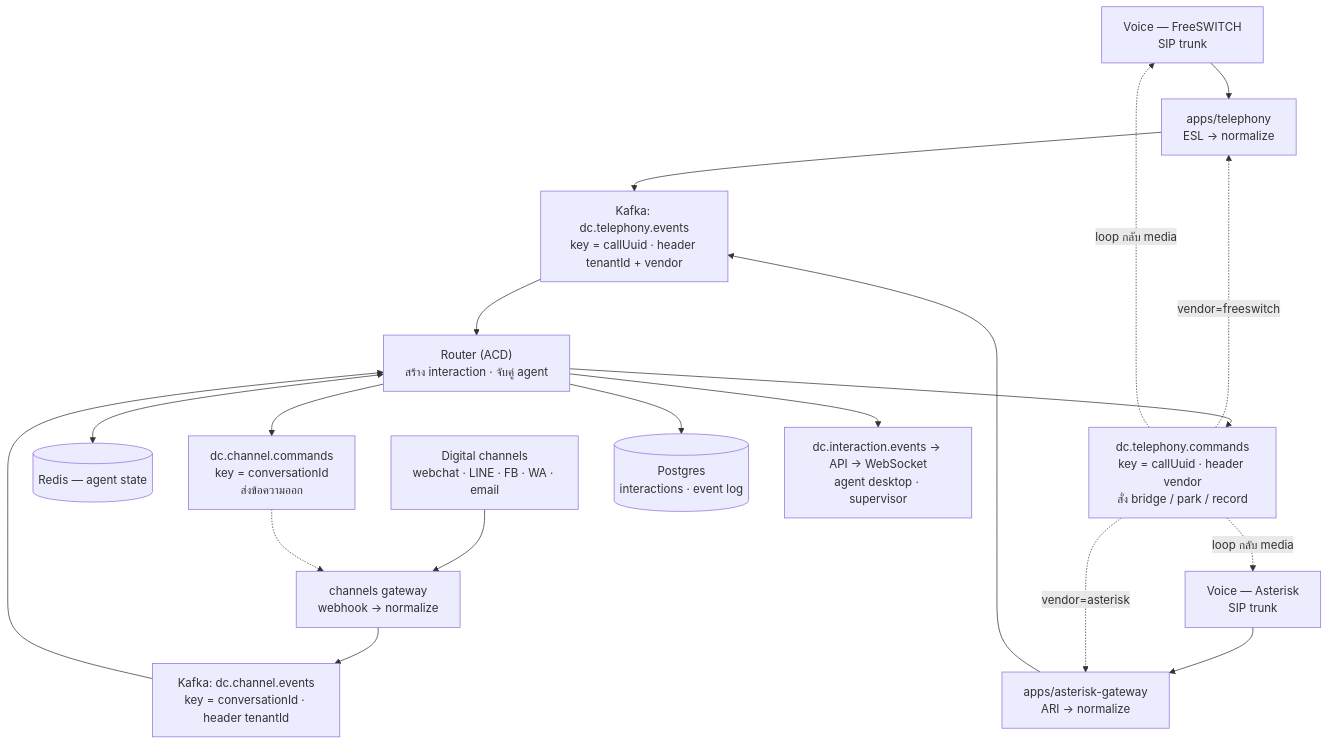
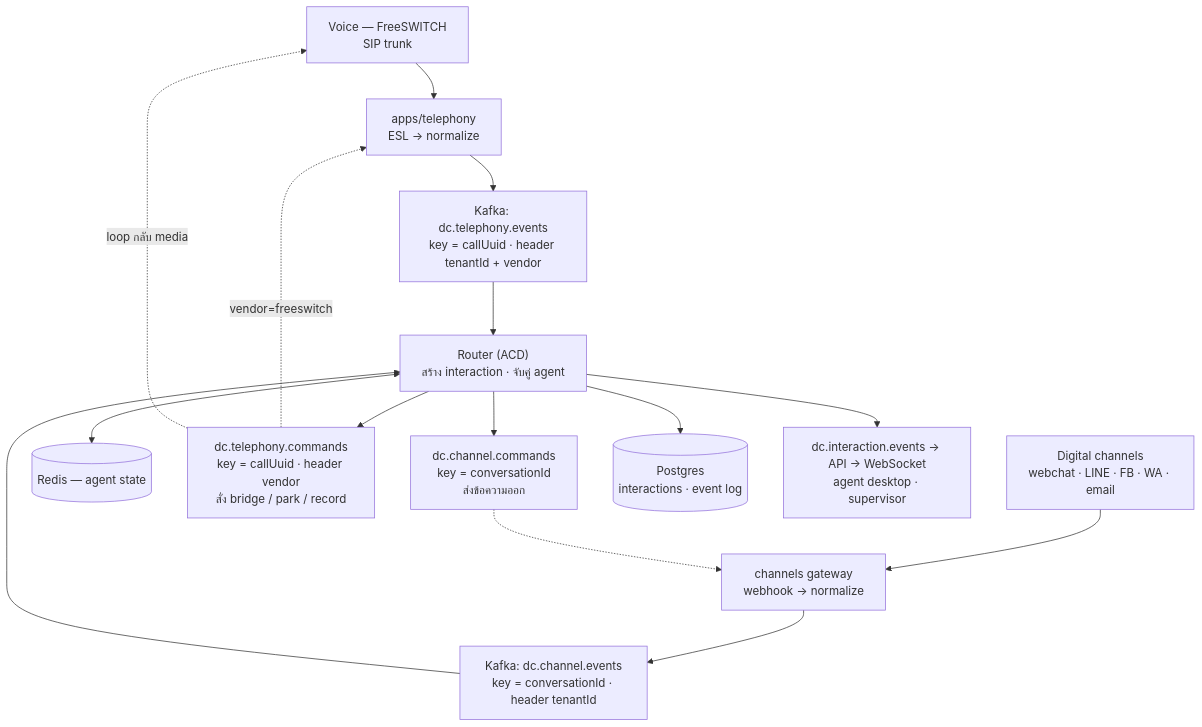
Before and after one commit to Kitti-Nualsalee/dcontact: the second of 4 diagrams in docs/interaction-data-flow.md, drawn with Mermaid. The commit also changed other lines of this file and 9 other files, not shown here.

First line of the commit message:
ADR-038: Voice stack เดียว, trunk แยกตาม tenant และรุ่นการติดตั้งสำหรับทีมขาย (#894)

````diff
--- a/docs/interaction-data-flow.md
+++ b/docs/interaction-data-flow.md
@@ -57,21 +57,17 @@
 ```mermaid
 flowchart TB
   FS["Voice — FreeSWITCH<br/>SIP trunk"] --> TEL["apps/telephony<br/>ESL → normalize"]
-  AST["Voice — Asterisk<br/>SIP trunk"] --> AGW["apps/asterisk-gateway<br/>ARI → normalize"]
   D["Digital channels<br/>webchat · LINE · FB · WA · email"] --> CHG["channels gateway<br/>webhook → normalize"]
   TEL --> K["Kafka: dc.telephony.events<br/>key = callUuid · header tenantId + vendor"]
-  AGW --> K
   CHG --> KC["Kafka: dc.channel.events<br/>key = conversationId · header tenantId"]
   K --> R["Router (ACD)<br/>สร้าง interaction · จับคู่ agent"]
   KC --> R
   R <--> RD[("Redis — agent state")]
   R --> CMD["dc.telephony.commands<br/>key = callUuid · header vendor<br/>สั่ง bridge / park / record"]
   R --> CMDC["dc.channel.commands<br/>key = conversationId<br/>ส่งข้อความออก"]
   CMDC -.-> CHG
   R --> PG[("Postgres<br/>interactions · event log")]
   R --> WSA["dc.interaction.events → API → WebSocket<br/>agent desktop · supervisor"]
   CMD -. "vendor=freeswitch" .-> TEL
-  CMD -. "vendor=asterisk" .-> AGW
   CMD -. "loop กลับ media" .-> FS
-  CMD -. "loop กลับ media" .-> AST
 ```
````
